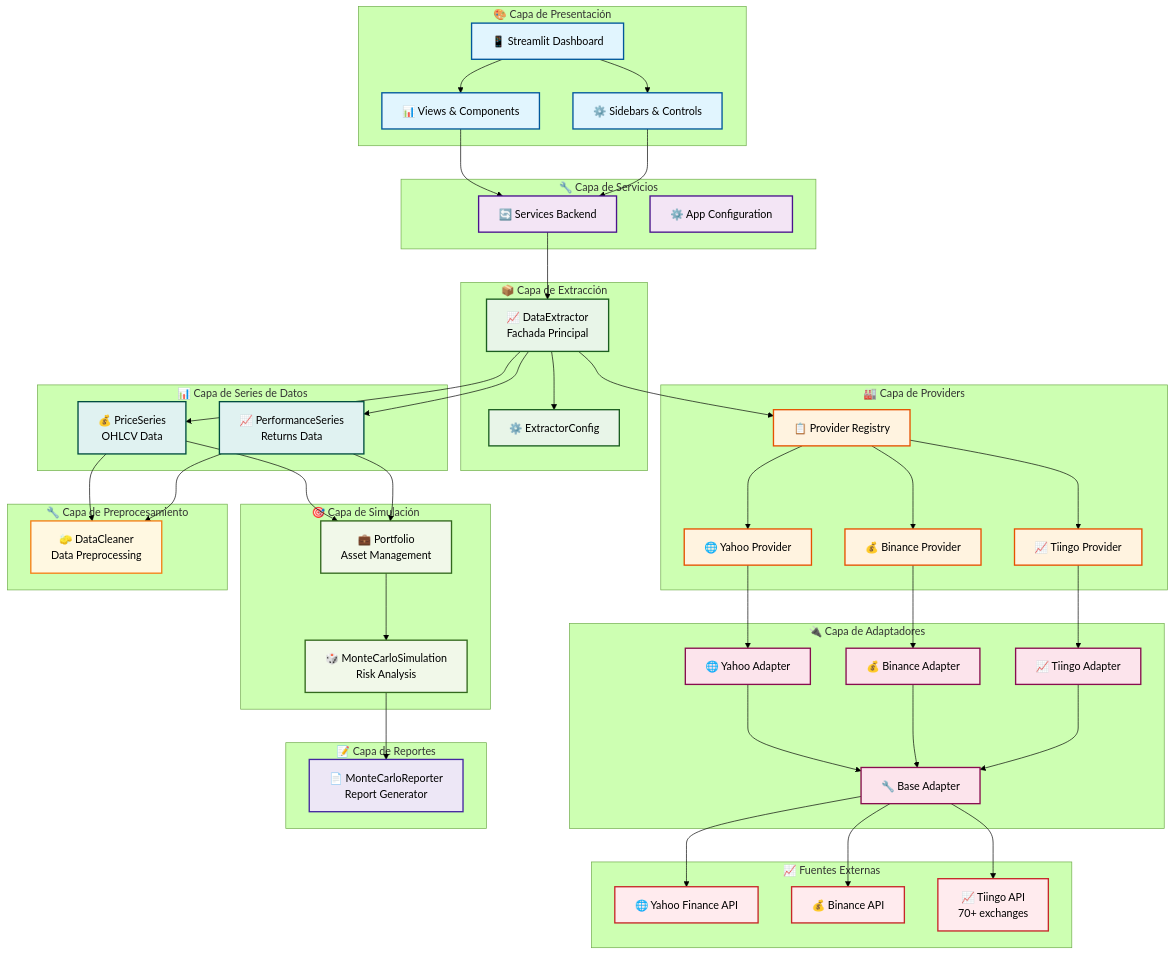
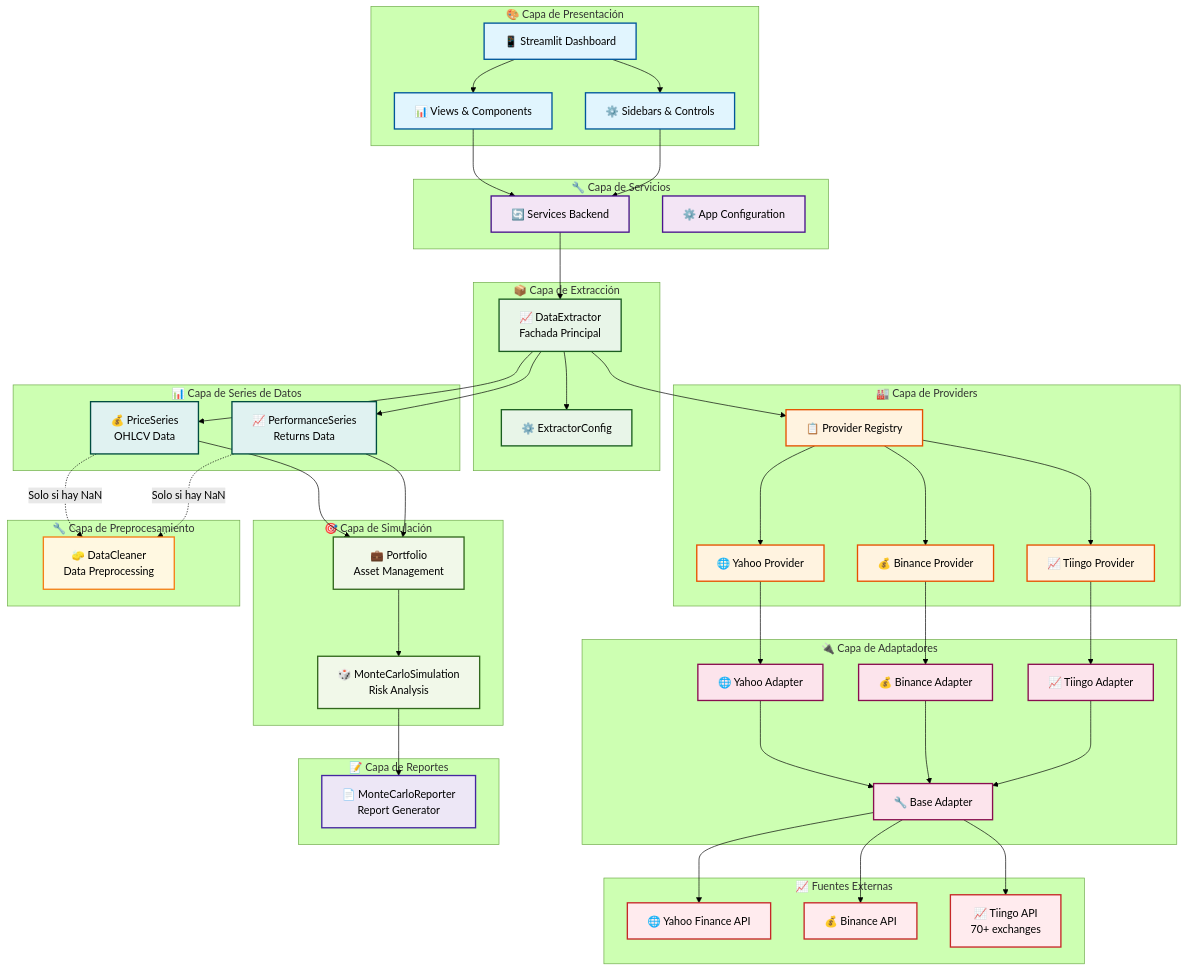
The first of 3 diagrams in ARCHITECTURE.md (AlejandroGCN/analizador-bursatil), drawn with Mermaid (forest theme) before and after one commit. The commit also changed other lines of this file and 1 other file, not shown here.

Commit message:
Document optional data cleaning and series mixins

```diff
--- a/ARCHITECTURE.md
+++ b/ARCHITECTURE.md
@@ -92,8 +92,8 @@
     Portfolio --> MonteCarlo
     MonteCarlo --> Reporter
     
-    PriceSeries --> Cleaner
-    PerfSeries --> Cleaner
+    PriceSeries -. "Solo si hay NaN" .-> Cleaner
+    PerfSeries -. "Solo si hay NaN" .-> Cleaner
     
     %% Estilos
     classDef uiLayer fill:#e1f5fe,stroke:#01579b,stroke-width:2px
```
